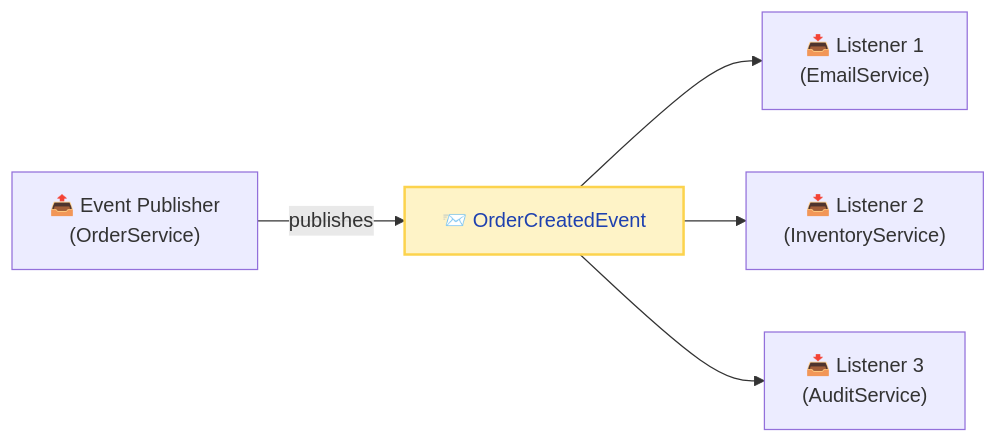
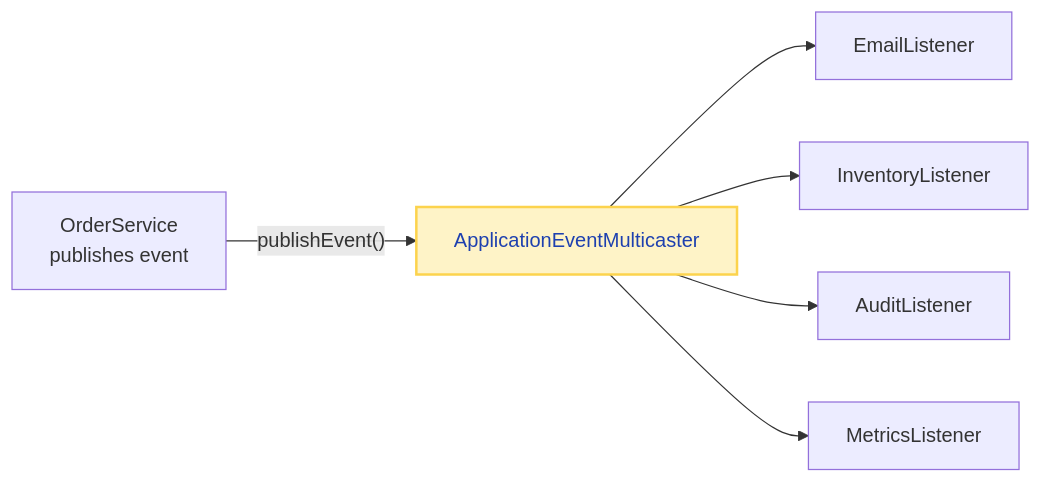
Before and after one commit to saivamsikaruturi/vamsilabs-dev-notes-main: the first of 6 diagrams in docs/springboot/events.md, drawn with Mermaid. The commit also changed other lines of this file and 21 other files, not shown here.

````diff
--- a/docs/springboot/events.md
+++ b/docs/springboot/events.md
@@ -10,9 +22,10 @@
 ```mermaid
 flowchart LR
-    P["📤 Event Publisher<br/>(OrderService)"] -->|"publishes"| E["📨 OrderCreatedEvent"]
-    E --> L1["📥 Listener 1<br/>(EmailService)"]
-    E --> L2["📥 Listener 2<br/>(InventoryService)"]
-    E --> L3["📥 Listener 3<br/>(AuditService)"]
+    P["OrderService<br/>publishes event"] -->|"publishEvent()"| M["ApplicationEventMulticaster"]
+    M --> L1["EmailListener"]
+    M --> L2["InventoryListener"]
+    M --> L3["AuditListener"]
+    M --> L4["MetricsListener"]
 
-    style E fill:#FEF3C7,stroke:#FCD34D,stroke-width:2px,color:#1E40AF
+    style M fill:#FEF3C7,stroke:#FCD34D,stroke-width:2px,color:#1E40AF
 ```
````
